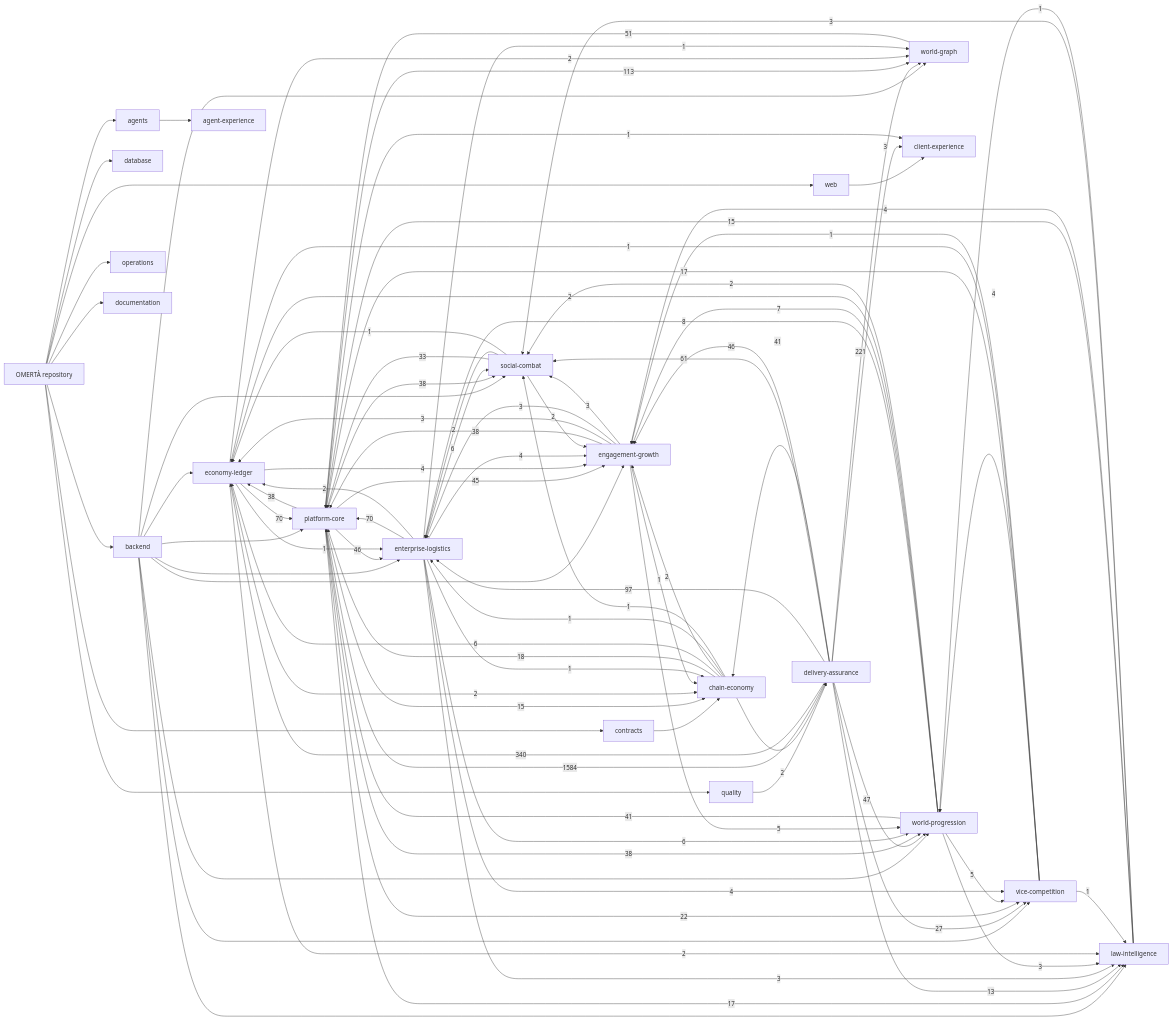
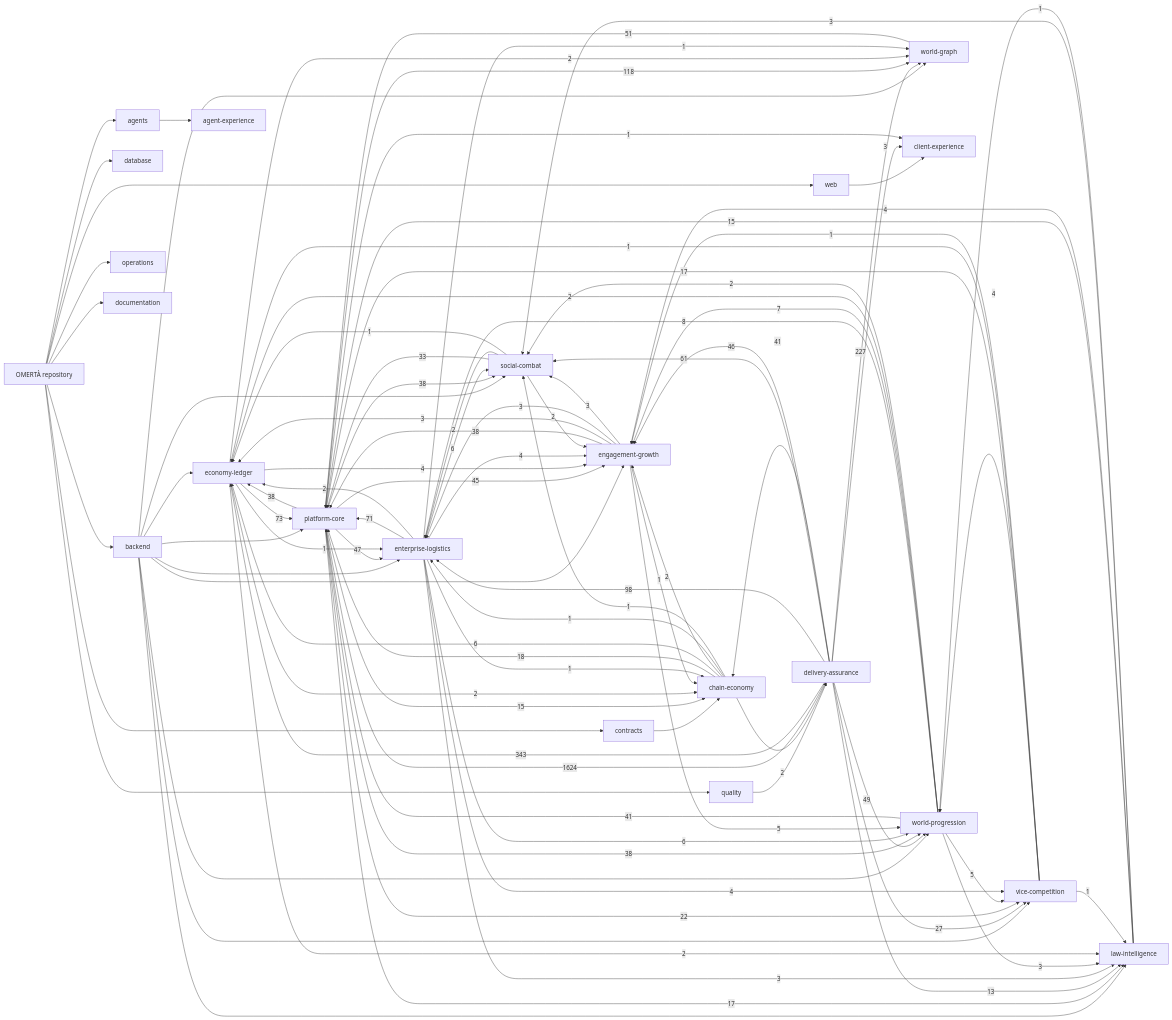
Before and after one commit to OmertaDev/Omerta: the diagram in knowledge/generated/graph.mmd, drawn with Mermaid. The commit also changed 7 other files, not shown here.

```diff
--- a/knowledge/generated/graph.mmd
+++ b/knowledge/generated/graph.mmd
@@ -1,113 +1,113 @@
 flowchart LR
   repo["OMERTÀ repository"]
   sub_backend["backend"]
   repo --> sub_backend
   sub_database["database"]
   repo --> sub_database
   sub_web["web"]
   repo --> sub_web
   sub_contracts["contracts"]
   repo --> sub_contracts
   sub_agents["agents"]
   repo --> sub_agents
   sub_quality["quality"]
   repo --> sub_quality
   sub_operations["operations"]
   repo --> sub_operations
   sub_documentation["documentation"]
   repo --> sub_documentation
   dom_platform-core["platform-core"]
   dom_economy-ledger["economy-ledger"]
   dom_social-combat["social-combat"]
   dom_world-progression["world-progression"]
   dom_world-graph["world-graph"]
   dom_enterprise-logistics["enterprise-logistics"]
   dom_vice-competition["vice-competition"]
   dom_law-intelligence["law-intelligence"]
   dom_chain-economy["chain-economy"]
   dom_engagement-growth["engagement-growth"]
   dom_client-experience["client-experience"]
   dom_agent-experience["agent-experience"]
   dom_delivery-assurance["delivery-assurance"]
   sub_agents --> dom_agent-experience
   sub_backend --> dom_economy-ledger
   sub_backend --> dom_engagement-growth
   sub_backend --> dom_enterprise-logistics
   sub_backend --> dom_law-intelligence
   sub_backend --> dom_platform-core
   sub_backend --> dom_social-combat
   sub_backend --> dom_vice-competition
   sub_backend --> dom_world-graph
   sub_backend --> dom_world-progression
   sub_contracts --> dom_chain-economy
   sub_quality --> dom_delivery-assurance
   sub_web --> dom_client-experience
-  dom_delivery-assurance -->|1584| dom_platform-core
-  dom_delivery-assurance -->|340| dom_economy-ledger
-  dom_delivery-assurance -->|221| dom_world-graph
-  dom_platform-core -->|113| dom_world-graph
-  dom_delivery-assurance -->|97| dom_enterprise-logistics
-  dom_economy-ledger -->|70| dom_platform-core
-  dom_enterprise-logistics -->|70| dom_platform-core
+  dom_delivery-assurance -->|1624| dom_platform-core
+  dom_delivery-assurance -->|343| dom_economy-ledger
+  dom_delivery-assurance -->|227| dom_world-graph
+  dom_platform-core -->|118| dom_world-graph
+  dom_delivery-assurance -->|98| dom_enterprise-logistics
+  dom_economy-ledger -->|73| dom_platform-core
+  dom_enterprise-logistics -->|71| dom_platform-core
   dom_delivery-assurance -->|61| dom_social-combat
   dom_world-graph -->|51| dom_platform-core
-  dom_delivery-assurance -->|47| dom_world-progression
+  dom_delivery-assurance -->|49| dom_world-progression
+  dom_platform-core -->|47| dom_enterprise-logistics
   dom_delivery-assurance -->|46| dom_engagement-growth
-  dom_platform-core -->|46| dom_enterprise-logistics
   dom_platform-core -->|45| dom_engagement-growth
   dom_delivery-assurance -->|41| dom_chain-economy
   dom_world-progression -->|41| dom_platform-core
   dom_engagement-growth -->|38| dom_platform-core
   dom_platform-core -->|38| dom_economy-ledger
   dom_platform-core -->|38| dom_social-combat
   dom_platform-core -->|38| dom_world-progression
   dom_social-combat -->|33| dom_platform-core
   dom_delivery-assurance -->|27| dom_vice-competition
   dom_platform-core -->|22| dom_vice-competition
   dom_chain-economy -->|18| dom_platform-core
   dom_platform-core -->|17| dom_law-intelligence
   dom_vice-competition -->|17| dom_platform-core
   dom_law-intelligence -->|15| dom_platform-core
   dom_platform-core -->|15| dom_chain-economy
   dom_delivery-assurance -->|13| dom_law-intelligence
   dom_world-progression -->|8| dom_enterprise-logistics
   dom_world-progression -->|7| dom_engagement-growth
   dom_chain-economy -->|6| dom_economy-ledger
   dom_enterprise-logistics -->|6| dom_social-combat
   dom_enterprise-logistics -->|6| dom_world-progression
   dom_engagement-growth -->|5| dom_world-progression
   dom_world-progression -->|5| dom_vice-competition
   dom_economy-ledger -->|4| dom_engagement-growth
   dom_enterprise-logistics -->|4| dom_engagement-growth
   dom_enterprise-logistics -->|4| dom_vice-competition
   dom_law-intelligence -->|4| dom_engagement-growth
   dom_vice-competition -->|4| dom_world-progression
   dom_delivery-assurance -->|3| dom_client-experience
   dom_engagement-growth -->|3| dom_economy-ledger
   dom_engagement-growth -->|3| dom_enterprise-logistics
   dom_engagement-growth -->|3| dom_social-combat
   dom_enterprise-logistics -->|3| dom_law-intelligence
   dom_law-intelligence -->|3| dom_social-combat
   dom_world-progression -->|3| dom_law-intelligence
   dom_chain-economy -->|2| dom_delivery-assurance
   dom_chain-economy -->|2| dom_engagement-growth
   dom_economy-ledger -->|2| dom_chain-economy
   dom_economy-ledger -->|2| dom_law-intelligence
   dom_economy-ledger -->|2| dom_world-graph
   dom_enterprise-logistics -->|2| dom_economy-ledger
   dom_social-combat -->|2| dom_engagement-growth
   dom_social-combat -->|2| dom_enterprise-logistics
   dom_world-progression -->|2| dom_economy-ledger
   dom_world-progression -->|2| dom_social-combat
   dom_chain-economy -->|1| dom_enterprise-logistics
   dom_chain-economy -->|1| dom_social-combat
   dom_economy-ledger -->|1| dom_enterprise-logistics
   dom_engagement-growth -->|1| dom_chain-economy
   dom_enterprise-logistics -->|1| dom_chain-economy
   dom_enterprise-logistics -->|1| dom_world-graph
   dom_law-intelligence -->|1| dom_world-progression
   dom_platform-core -->|1| dom_client-experience
   dom_social-combat -->|1| dom_economy-ledger
   dom_vice-competition -->|1| dom_economy-ledger
   dom_vice-competition -->|1| dom_engagement-growth
   dom_vice-competition -->|1| dom_law-intelligence
```
